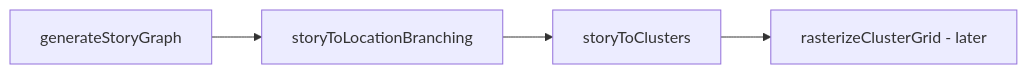
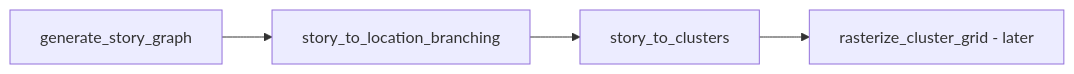
The diagram in docs/story-graph.md (silentorb/margen), drawn with Mermaid before and after one commit. The commit also changed other lines of this file and 87 other files, not shown here.

Commit message:
Pivot margen to Rust with a C ABI and re-port the story grid pipeline.

````diff
--- a/docs/story-graph.md
+++ b/docs/story-graph.md
@@ -7,8 +7,8 @@
 ```mermaid
 flowchart LR
-  GS[generateStoryGraph]
-  LB[storyToLocationBranching]
-  SC[storyToClusters]
-  RG[rasterizeClusterGrid - later]
+  GS[generate_story_graph]
+  LB[story_to_location_branching]
+  SC[story_to_clusters]
+  RG[rasterize_cluster_grid - later]
   GS --> LB --> SC --> RG
 ```
````
